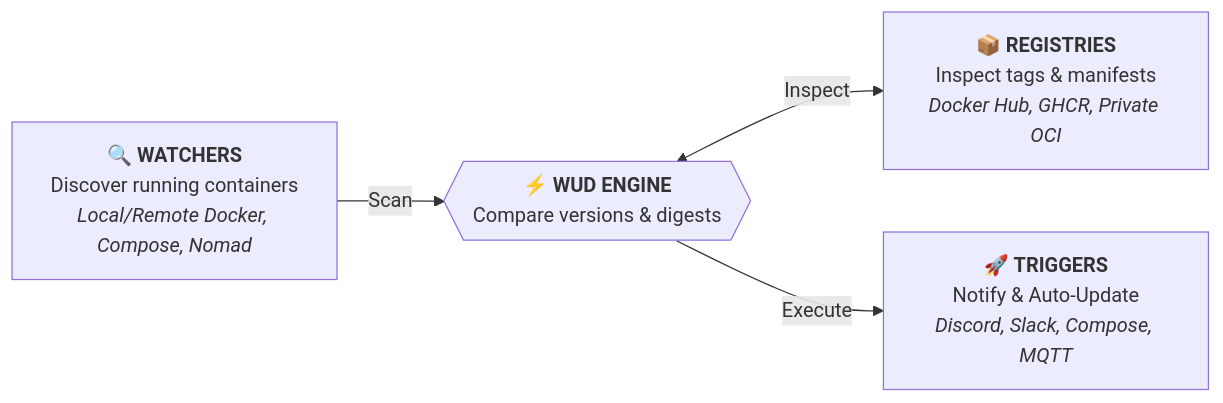
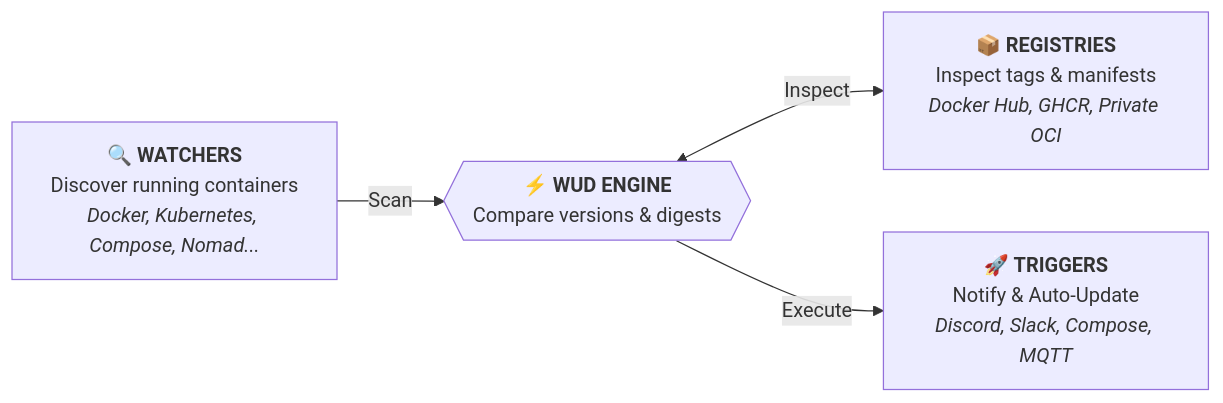
Before and after one commit to getwud/wud: the diagram in README.md, drawn with Mermaid. The commit also changed other lines of this file and 27 other files, not shown here.

````diff
--- a/README.md
+++ b/README.md
@@ -40,11 +46,11 @@
 ```mermaid
 flowchart LR
-    W["🔍 <b>WATCHERS</b><br/>Discover running containers<br/><i>Local/Remote Docker, Compose, Nomad</i>"]
+    W["🔍 <b>WATCHERS</b><br/>Discover running containers<br/><i>Docker, Kubernetes, Compose, Nomad...</i>"]
     WUD{{"⚡ <b>WUD ENGINE</b><br/>Compare versions &amp; digests"}}
     R["📦 <b>REGISTRIES</b><br/>Inspect tags &amp; manifests<br/><i>Docker Hub, GHCR, Private OCI</i>"]
     T["🚀 <b>TRIGGERS</b><br/>Notify &amp; Auto-Update<br/><i>Discord, Slack, Compose, MQTT</i>"]
 
     W -->|"Scan"| WUD
     WUD <-->|"Inspect"| R
     WUD -->|"Execute"| T
 ```
````
